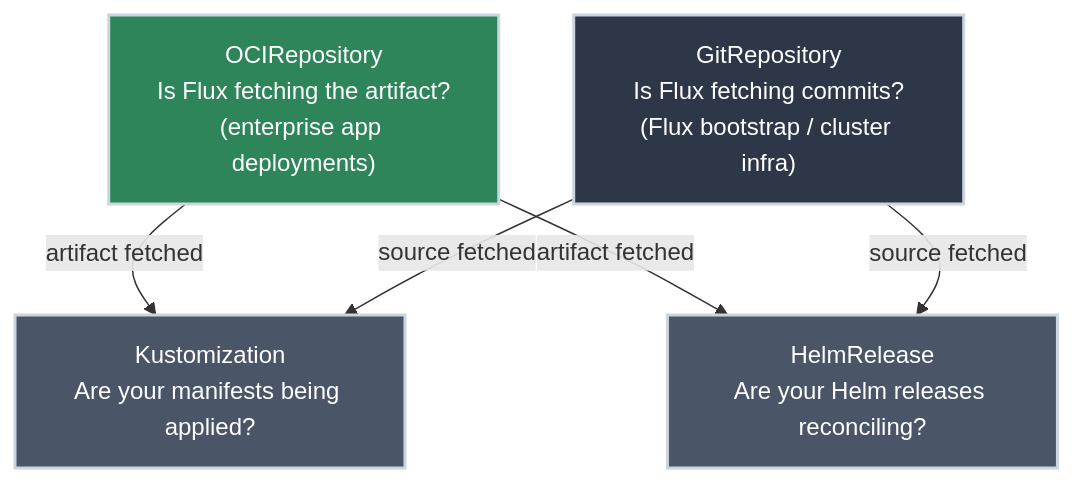
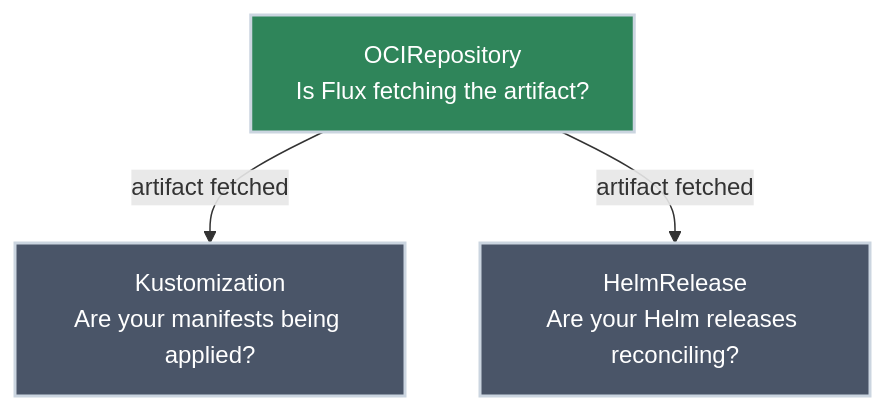
The diagram in docs/day_one/reading_flux_status.md (bradpenney/exploring_gitops), drawn with Mermaid before and after one commit. The commit also changed other lines of this file and 12 other files, not shown here.

````diff
--- a/docs/day_one/reading_flux_status.md
+++ b/docs/day_one/reading_flux_status.md
@@ -25,17 +25,13 @@
 ```mermaid
 flowchart TD
-    OCIRepo["OCIRepository\nIs Flux fetching the artifact?\n(enterprise app deployments)"]
-    GitRepo["GitRepository\nIs Flux fetching commits?\n(Flux bootstrap / cluster infra)"]
-    Kustomization["Kustomization\nAre your manifests being applied?"]
-    HelmRelease["HelmRelease\nAre your Helm releases reconciling?"]
+    OCIRepo["OCIRepository<br/>Is Flux fetching the artifact?"]
+    Kustomization["Kustomization<br/>Are your manifests being applied?"]
+    HelmRelease["HelmRelease<br/>Are your Helm releases reconciling?"]
 
     OCIRepo -->|"artifact fetched"| Kustomization
     OCIRepo -->|"artifact fetched"| HelmRelease
-    GitRepo -->|"source fetched"| Kustomization
-    GitRepo -->|"source fetched"| HelmRelease
 
     style OCIRepo fill:#2f855a,stroke:#cbd5e0,stroke-width:2px,color:#fff
-    style GitRepo fill:#2d3748,stroke:#cbd5e0,stroke-width:2px,color:#fff
     style Kustomization fill:#4a5568,stroke:#cbd5e0,stroke-width:2px,color:#fff
     style HelmRelease fill:#4a5568,stroke:#cbd5e0,stroke-width:2px,color:#fff
 ```
````
